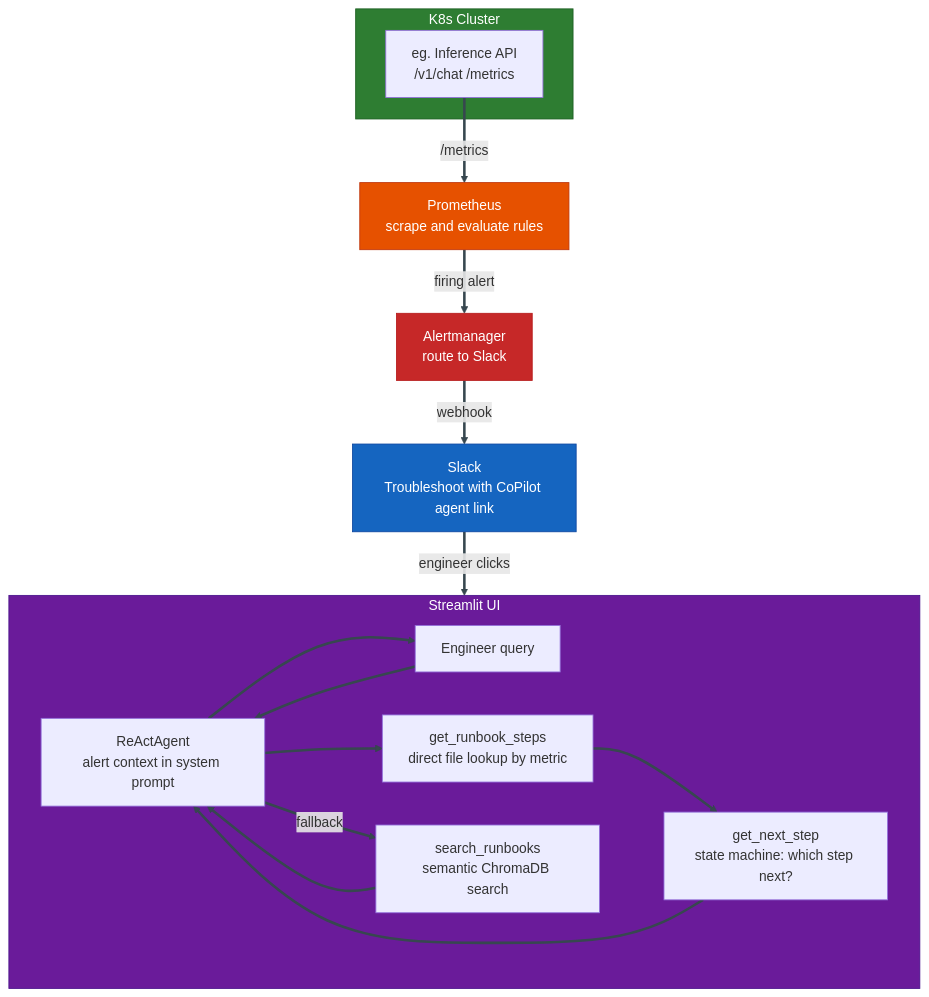
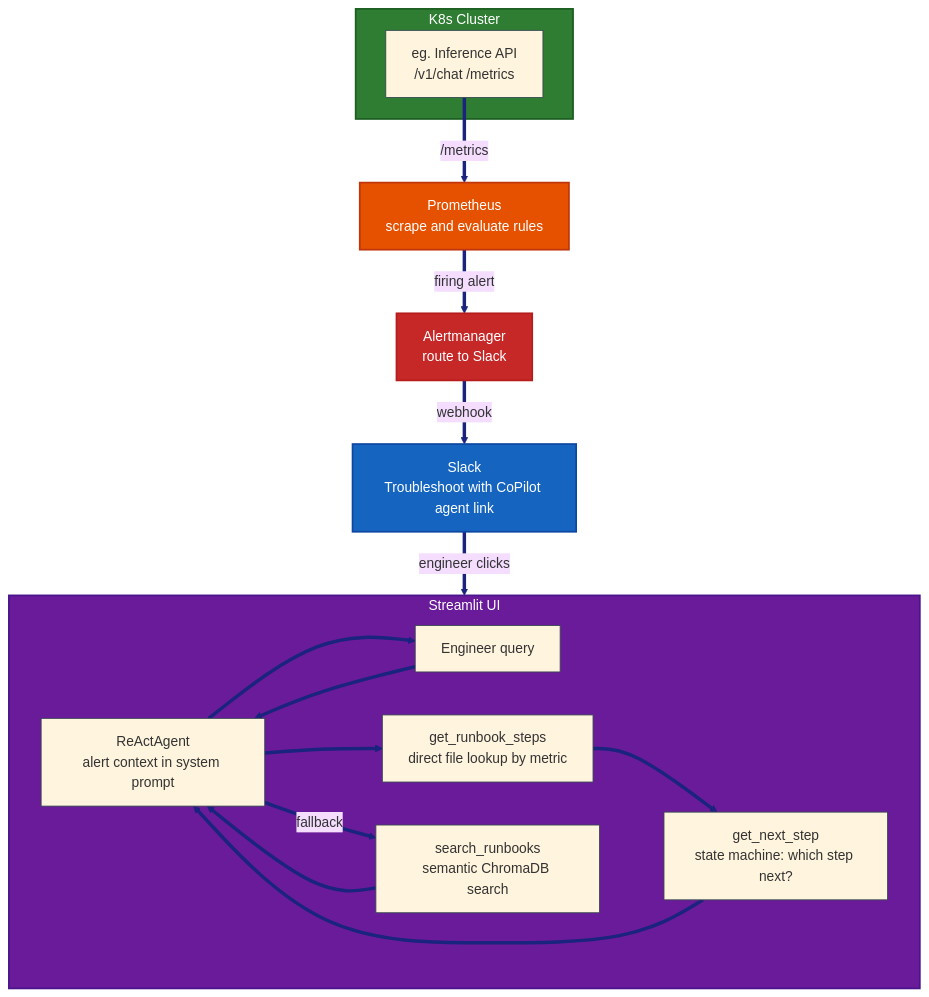
Before and after one commit to nimblenitin/sre-incident-copilot: the diagram in README.md, drawn with Mermaid.

Commit message:
Add light background to mermaid diagram, thicker arrows in dark blue

````diff
--- a/README.md
+++ b/README.md
@@ -9,30 +9,31 @@
 ```mermaid
+%%{init: {'theme': 'base', 'themeVariables': {'background': '#eef2f7', 'primaryBorderColor': '#37474f', 'lineColor': '#2c3e50', 'tertiaryColor': '#eef2f7'}}}%%
 flowchart TB
     subgraph k8s[K8s Cluster]
         api[eg. Inference API<br/>/v1/chat /metrics]
     end
 
     api -- /metrics --> prom[Prometheus<br/>scrape and evaluate rules]
     prom -- firing alert --> am[Alertmanager<br/>route to Slack]
     am -- webhook --> slack[Slack<br/>Troubleshoot with CoPilot agent link]
     slack -- engineer clicks --> ui
 
     subgraph ui[Streamlit UI]
         agent[ReActAgent<br/>alert context in system prompt]
         user[Engineer query] --> agent
         agent --> direct[get_runbook_steps<br/>direct file lookup by metric]
         direct --> sm[get_next_step<br/>state machine: which step next?]
         sm --> agent
         agent -- fallback --> search[search_runbooks<br/>semantic ChromaDB search]
         search --> agent
         agent --> user
     end
 
-    style k8s fill:#2e7d32,color:#ffffff,stroke:#1b5e20
-    style prom fill:#e65100,color:#ffffff,stroke:#bf360c
-    style am fill:#c62828,color:#ffffff,stroke:#b71c1c
-    style slack fill:#1565c0,color:#ffffff,stroke:#0d47a1
-    style ui fill:#6a1b9a,color:#ffffff,stroke:#4a148c
+    style k8s fill:#2e7d32,color:#ffffff,stroke:#1b5e20,stroke-width:2px
+    style prom fill:#e65100,color:#ffffff,stroke:#bf360c,stroke-width:2px
+    style am fill:#c62828,color:#ffffff,stroke:#b71c1c,stroke-width:2px
+    style slack fill:#1565c0,color:#ffffff,stroke:#0d47a1,stroke-width:2px
+    style ui fill:#6a1b9a,color:#ffffff,stroke:#4a148c,stroke-width:2px
 
-    linkStyle default stroke-width:3px,stroke:#37474f
+    linkStyle default stroke-width:4px,stroke:#1a237e
 ```
````
